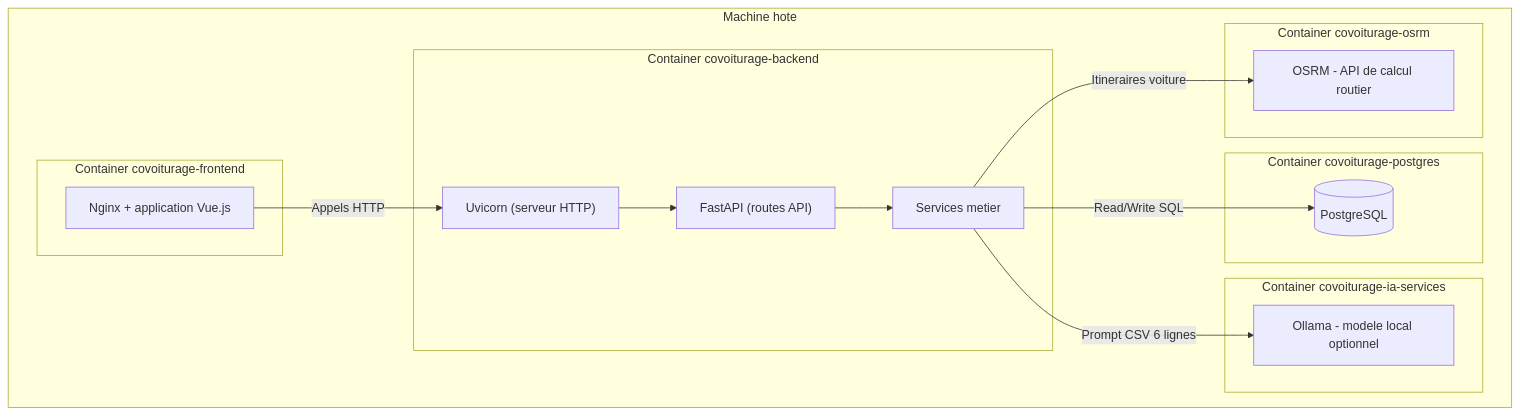
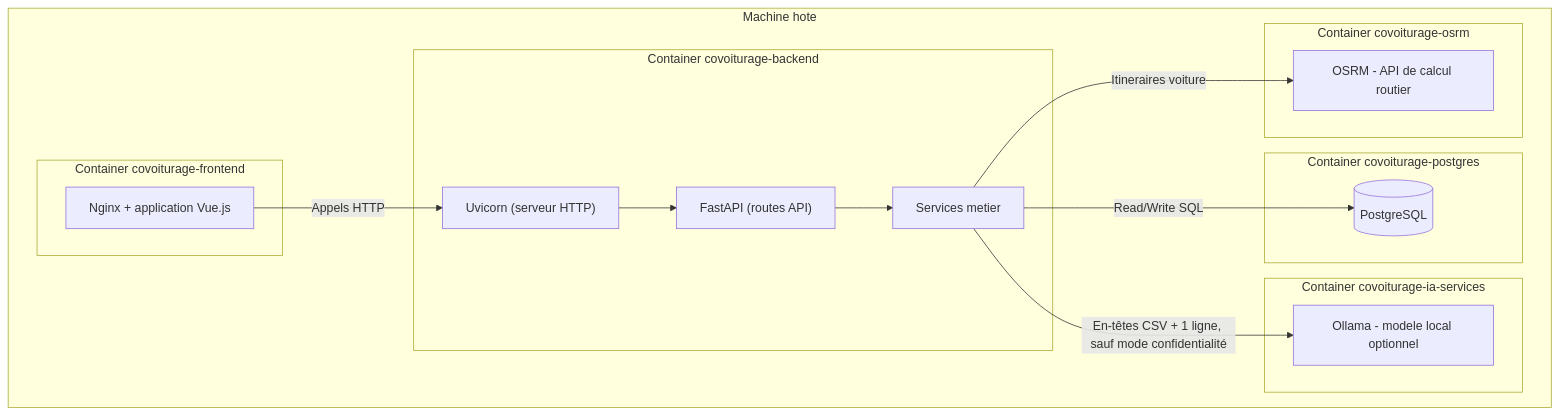
One commit to NaelFares/CNAM-I2-Project changed the second of 3 diagrams in doc/ARCHITECTURE.md. Above: the diagram before and after it, drawn with Mermaid. The commit also changed 55 other files, not shown here.

````diff
--- a/doc/ARCHITECTURE.md
+++ b/doc/ARCHITECTURE.md
@@ -29,32 +29,32 @@
 ```mermaid
 flowchart TB
   subgraph HOST[Machine hote]
     subgraph C1[Container covoiturage-frontend]
       UI[Nginx + application Vue.js]
     end
 
     subgraph C2[Container covoiturage-backend]
       HTTP["Uvicorn (serveur HTTP)"]
       APP["FastAPI (routes API)"]
       CORE[Services metier]
       HTTP --> APP --> CORE
     end
 
     subgraph C3[Container covoiturage-postgres]
       DATA[(PostgreSQL)]
     end
 
     subgraph C4[Container covoiturage-ia-services]
       LLM[Ollama - modele local optionnel]
     end
 
     subgraph C5[Container covoiturage-osrm]
       ROUTER[OSRM - API de calcul routier]
     end
 
     UI -->|Appels HTTP| HTTP
     CORE -->|Read/Write SQL| DATA
-    CORE -->|Prompt CSV 6 lignes| LLM
+    CORE -->|En-têtes CSV + 1 ligne, sauf mode confidentialité| LLM
     CORE -->|Itineraires voiture| ROUTER
   end
 ```
````
